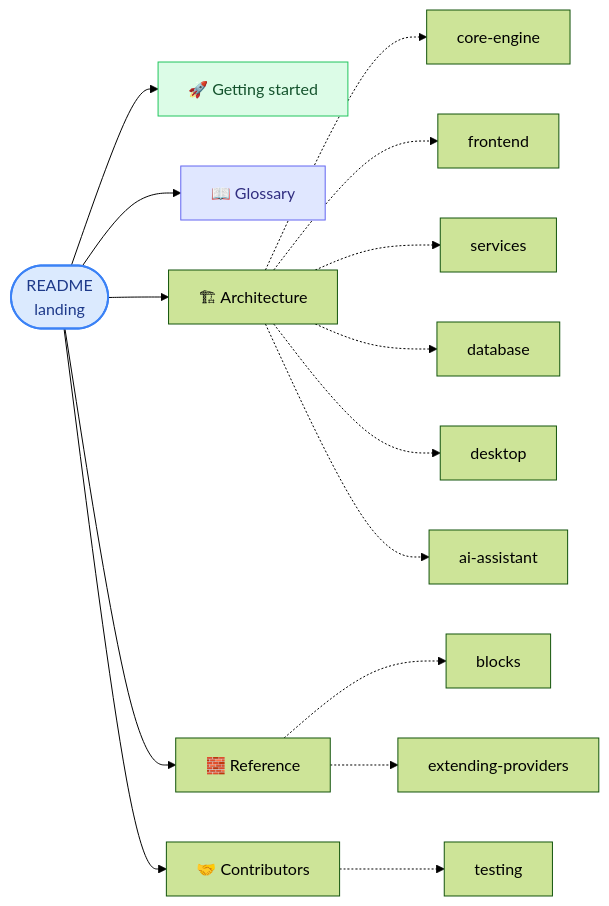
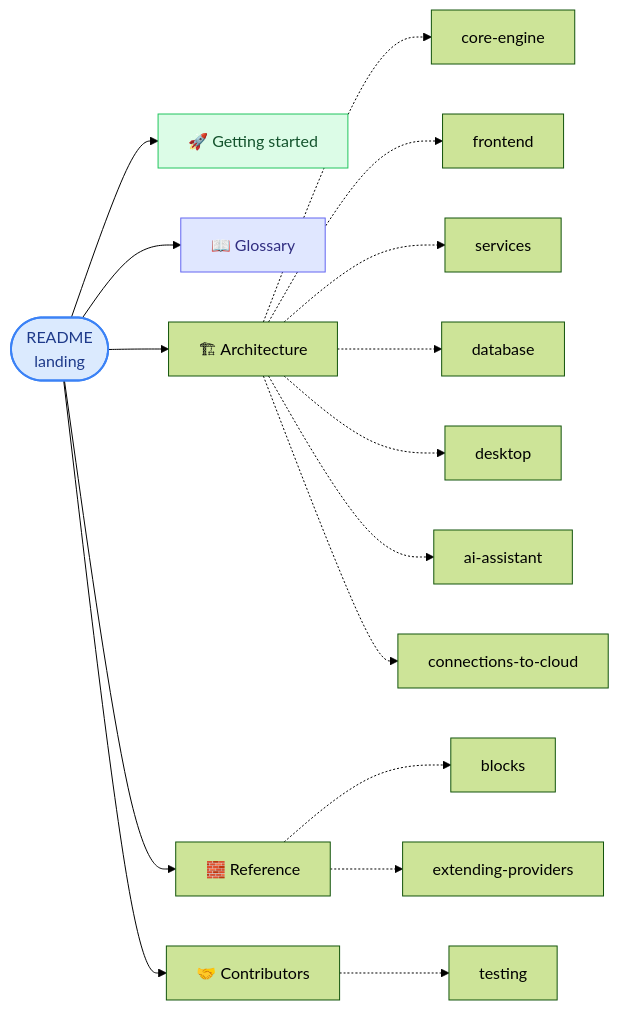
The diagram in docs/README.md (light-cloud-com/ice), drawn with Mermaid (forest theme) before and after one commit. The commit also changed other lines of this file and 60 other files, not shown here.

First line of the commit message:
Schema driven refactor (#34)

````diff
--- a/docs/README.md
+++ b/docs/README.md
@@ -7,25 +7,26 @@
 ```mermaid
 flowchart LR
     R([README<br/>landing]) --> Start[🚀 Getting started]
     R --> Glossary[📖 Glossary]
 
     R --> Arch[🏗 Architecture]
     R --> Ref[🧱 Reference]
     R --> Contrib[🤝 Contributors]
 
     Arch -.-> A1[core-engine]
     Arch -.-> A2[frontend]
     Arch -.-> A3[services]
     Arch -.-> A4[database]
     Arch -.-> A5[desktop]
     Arch -.-> A6[ai-assistant]
+    Arch -.-> A7[connections-to-cloud]
 
     Ref -.-> Rf1[blocks]
     Ref -.-> Rf2[extending-providers]
 
     Contrib -.-> C1[testing]
 
     style R fill:#dbeafe,stroke:#3b82f6,stroke-width:2px,color:#1e3a8a
     style Start fill:#dcfce7,stroke:#22c55e,color:#14532d
     style Glossary fill:#e0e7ff,stroke:#6366f1,color:#312e81
 ```
````
